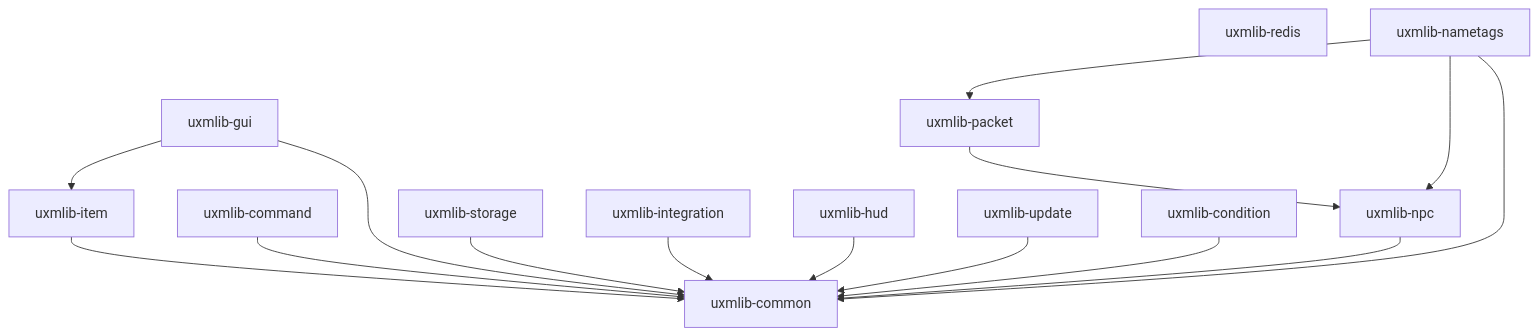
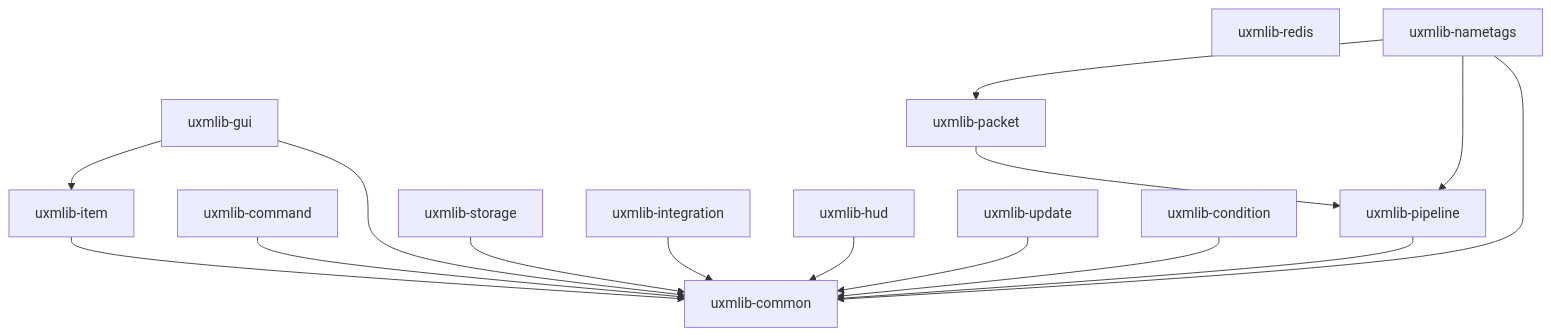
One commit to UXPLIMA/uxm-lib changed the diagram in README.md. Above: the diagram before and after it, drawn with Mermaid. The commit also changed other lines of this file and 54 other files, not shown here.

First line of the commit message:
refactor!: uxmlib-npc becomes uxmlib-pipeline, and keeps its boundary

````diff
--- a/README.md
+++ b/README.md
@@ -119,19 +119,19 @@
 ```mermaid
 graph TD
     common[uxmlib-common]
     item[uxmlib-item] --> common
     command[uxmlib-command] --> common
     gui[uxmlib-gui] --> common
     gui --> item
     storage[uxmlib-storage] --> common
     integration[uxmlib-integration] --> common
     hud[uxmlib-hud] --> common
     update[uxmlib-update] --> common
     condition[uxmlib-condition] --> common
     redis[uxmlib-redis]
-    npc[uxmlib-npc] --> common
-    packet[uxmlib-packet] --> npc
+    pipeline[uxmlib-pipeline] --> common
+    packet[uxmlib-packet] --> pipeline
     nametags[uxmlib-nametags] --> common
-    nametags --> npc
+    nametags --> pipeline
     nametags --> packet
 ```
````
